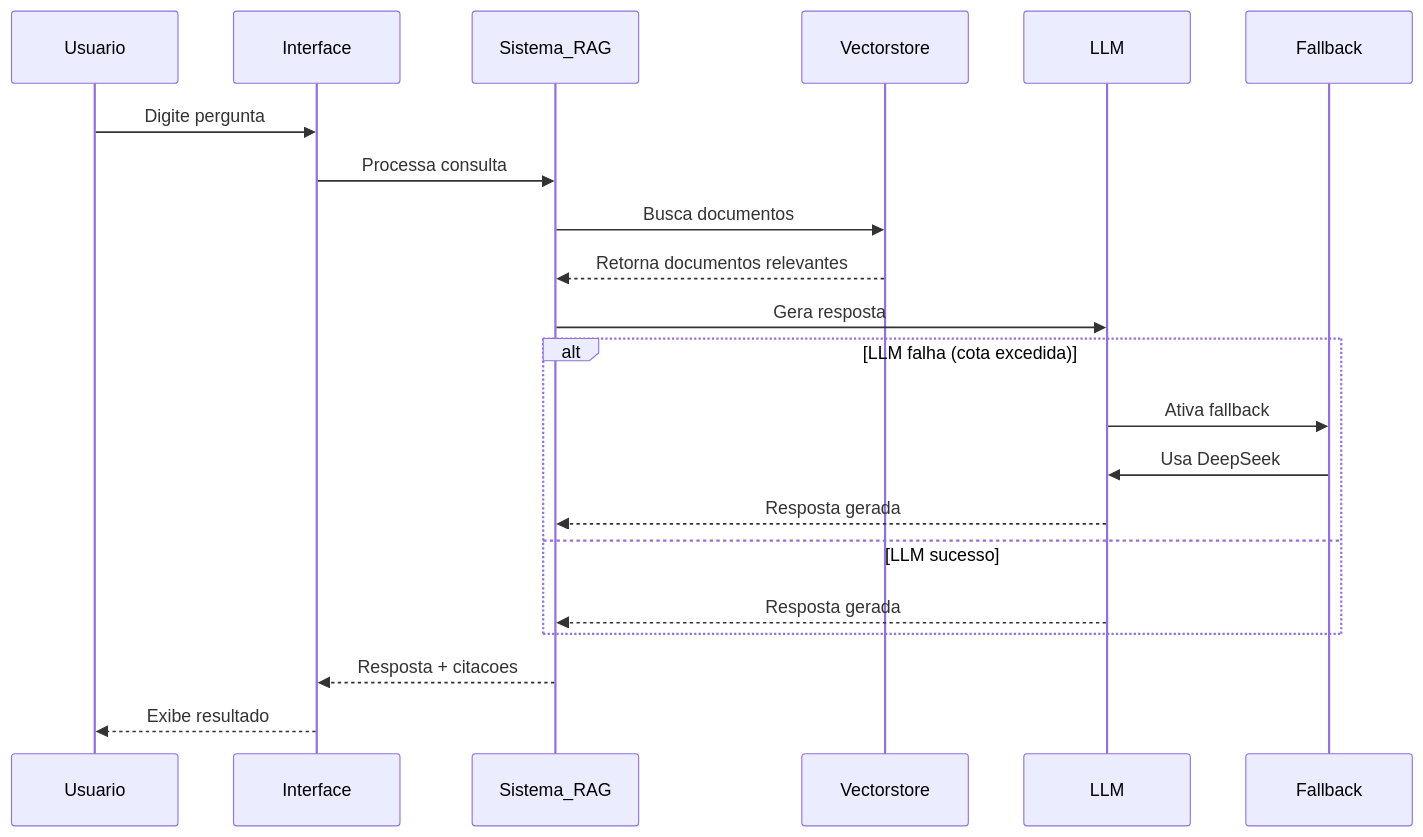
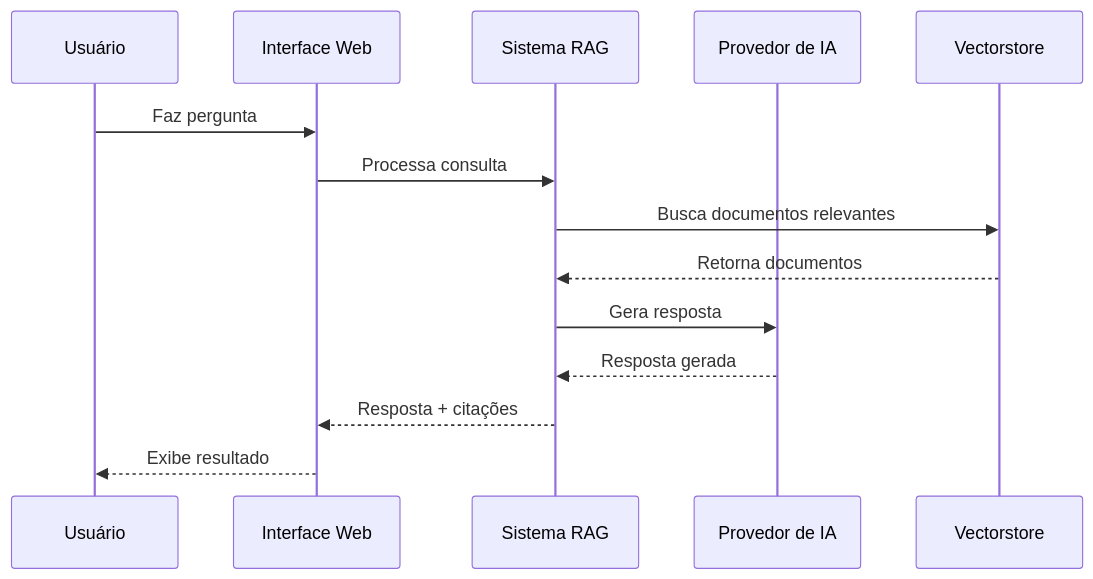
The second of 3 diagrams in README.md (romulobrito/RAG-ANTT), drawn with Mermaid before and after one commit. The commit also changed other lines of this file, not shown here.

````diff
--- a/README.md
+++ b/README.md
@@ -183,26 +90,17 @@
 ```mermaid
 sequenceDiagram
-    participant U as Usuario
-    participant UI as Interface
-    participant S as Sistema_RAG
-    participant V as Vectorstore
-    participant LLM as LLM
-    participant F as Fallback
-    
-    U->>UI: Digite pergunta
-    UI->>S: Processa consulta
-    S->>V: Busca documentos
-    V-->>S: Retorna documentos relevantes
-    S->>LLM: Gera resposta
-    
-    alt LLM falha (cota excedida)
-        LLM->>F: Ativa fallback
-        F->>LLM: Usa DeepSeek
-        LLM-->>S: Resposta gerada
-    else LLM sucesso
-        LLM-->>S: Resposta gerada
-    end
-    
-    S-->>UI: Resposta + citacoes
-    UI-->>U: Exibe resultado
+    participant User as Usuário
+    participant UI as Interface Web
+    participant RAG as Sistema RAG
+    participant LLM as Provedor de IA
+    participant VS as Vectorstore
+
+    User->>UI: Faz pergunta
+    UI->>RAG: Processa consulta
+    RAG->>VS: Busca documentos relevantes
+    VS-->>RAG: Retorna documentos
+    RAG->>LLM: Gera resposta
+    LLM-->>RAG: Resposta gerada
+    RAG-->>UI: Resposta + citações
+    UI-->>User: Exibe resultado
 ```
````
